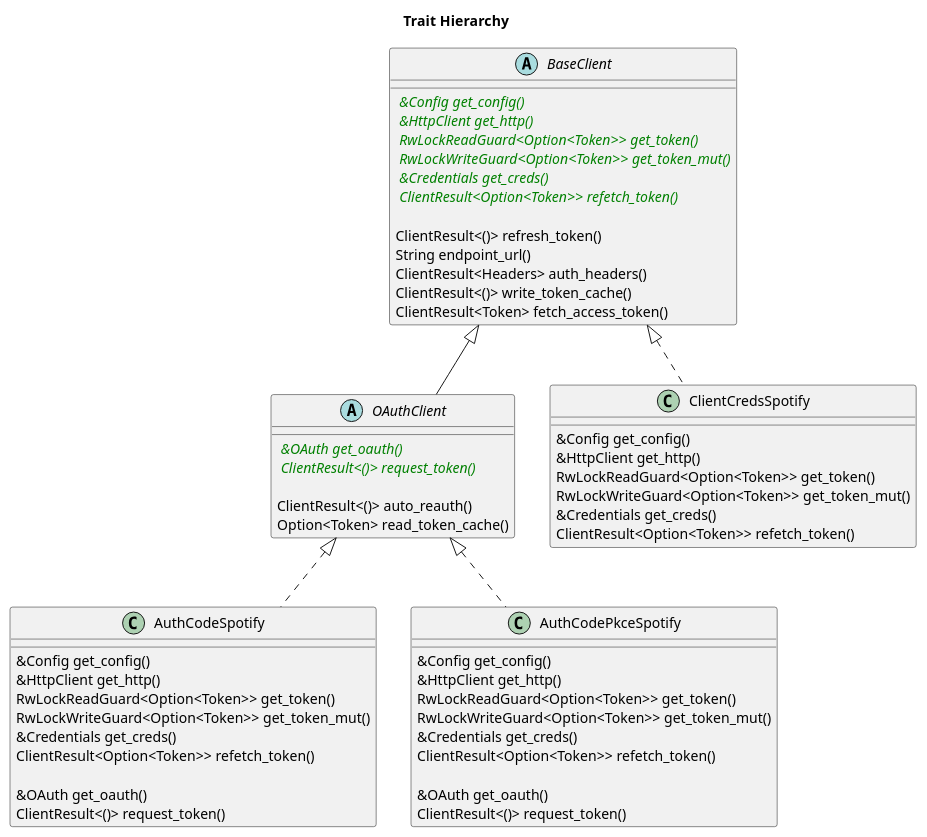
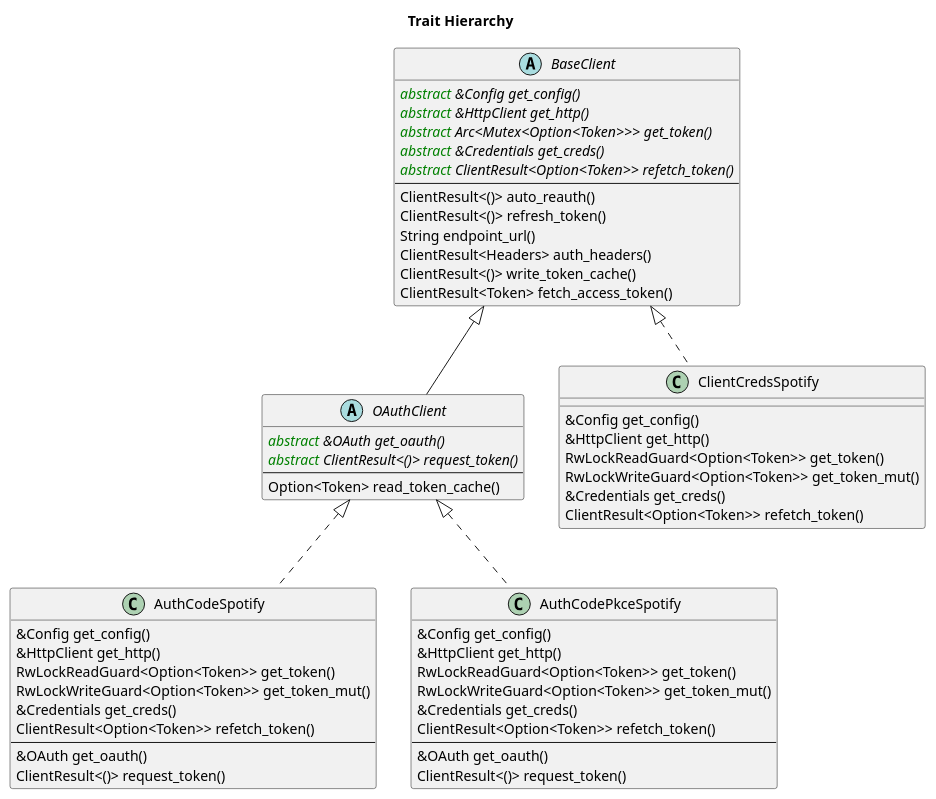
The diagram in doc/uml/trait_hierarchy.plantuml (ramsayleung/rspotify), drawn with PlantUML before and after one commit. The commit also changed 4 other files, not shown here.

```diff
--- a/doc/uml/trait_hierarchy.plantuml
+++ b/doc/uml/trait_hierarchy.plantuml
@@ -1,58 +1,57 @@
 @startuml
 title Trait Hierarchy
 abstract class BaseClient {
-<color:green> {abstract} &Config get_config()
-<color:green> {abstract} &HttpClient get_http()
-<color:green> {abstract} RwLockReadGuard<Option<Token>> get_token()
-<color:green> {abstract} RwLockWriteGuard<Option<Token>> get_token_mut()
-<color:green> {abstract} &Credentials get_creds()
-<color:green> {abstract} ClientResult<Option<Token>> refetch_token()
-
-ClientResult<()> refresh_token()
-String endpoint_url()
-ClientResult<Headers> auth_headers()
-ClientResult<()> write_token_cache()
-ClientResult<Token> fetch_access_token()
+    <color:green>abstract</color> {abstract} &Config get_config()
+    <color:green>abstract</color> {abstract} &HttpClient get_http()
+    <color:green>abstract</color> {abstract} Arc<Mutex<Option<Token>>> get_token()
+    <color:green>abstract</color> {abstract} &Credentials get_creds()
+    <color:green>abstract</color> {abstract} ClientResult<Option<Token>> refetch_token()
+    ---
+    ClientResult<()> auto_reauth()
+    ClientResult<()> refresh_token()
+    String endpoint_url()
+    ClientResult<Headers> auth_headers()
+    ClientResult<()> write_token_cache()
+    ClientResult<Token> fetch_access_token()
 }
 
 abstract class OAuthClient extends BaseClient{
-    <color:green> {abstract} {abstract} &OAuth get_oauth()
-    <color:green> {abstract} {abstract} ClientResult<()> request_token()
-
-    ClientResult<()> auto_reauth()
+    <color:green>abstract</color> {abstract} &OAuth get_oauth()
+    <color:green>abstract</color> {abstract} ClientResult<()> request_token()
+    ---
     Option<Token> read_token_cache()
 }
 
 class AuthCodeSpotify implements OAuthClient{
-&Config get_config()
-&HttpClient get_http()
-RwLockReadGuard<Option<Token>> get_token()
-RwLockWriteGuard<Option<Token>> get_token_mut()
-&Credentials get_creds()
-ClientResult<Option<Token>> refetch_token()
-
-&OAuth get_oauth()
-ClientResult<()> request_token()
+    &Config get_config()
+    &HttpClient get_http()
+    RwLockReadGuard<Option<Token>> get_token()
+    RwLockWriteGuard<Option<Token>> get_token_mut()
+    &Credentials get_creds()
+    ClientResult<Option<Token>> refetch_token()
+    ---
+    &OAuth get_oauth()
+    ClientResult<()> request_token()
 }
 
 class AuthCodePkceSpotify implements OAuthClient{
     &Config get_config()
-&HttpClient get_http()
-RwLockReadGuard<Option<Token>> get_token()
-RwLockWriteGuard<Option<Token>> get_token_mut()
-&Credentials get_creds()
-ClientResult<Option<Token>> refetch_token()
-
-&OAuth get_oauth()
-ClientResult<()> request_token()
+    &HttpClient get_http()
+    RwLockReadGuard<Option<Token>> get_token()
+    RwLockWriteGuard<Option<Token>> get_token_mut()
+    &Credentials get_creds()
+    ClientResult<Option<Token>> refetch_token()
+    ---
+    &OAuth get_oauth()
+    ClientResult<()> request_token()
 }
 
 class ClientCredsSpotify implements BaseClient{
-&Config get_config()
-&HttpClient get_http()
-RwLockReadGuard<Option<Token>> get_token()
-RwLockWriteGuard<Option<Token>> get_token_mut()
-&Credentials get_creds()
-ClientResult<Option<Token>> refetch_token()
+    &Config get_config()
+    &HttpClient get_http()
+    RwLockReadGuard<Option<Token>> get_token()
+    RwLockWriteGuard<Option<Token>> get_token_mut()
+    &Credentials get_creds()
+    ClientResult<Option<Token>> refetch_token()
 }
 @enduml
```
